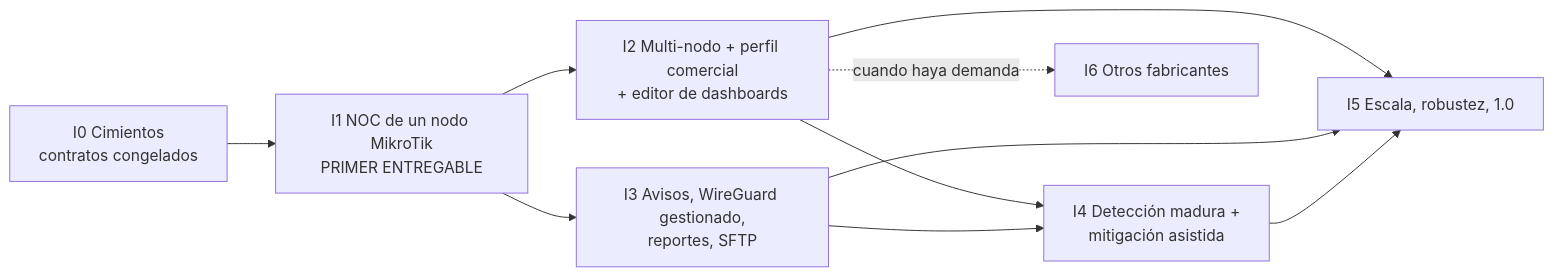
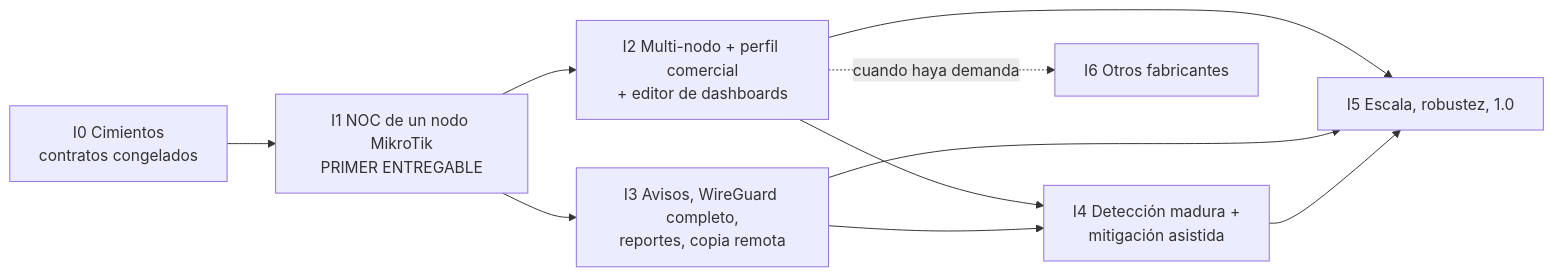
The diagram in docs/roadmap.md (HCDestroyer/horus-flow), drawn with Mermaid before and after one commit. The commit also changed other lines of this file and 12 other files, not shown here.

````diff
--- a/docs/roadmap.md
+++ b/docs/roadmap.md
@@ -67,12 +67,12 @@
 ```mermaid
 flowchart LR
   I0[I0 Cimientos<br/>contratos congelados] --> I1[I1 NOC de un nodo MikroTik<br/>PRIMER ENTREGABLE]
   I1 --> I2[I2 Multi-nodo + perfil comercial<br/>+ editor de dashboards]
-  I1 --> I3[I3 Avisos, WireGuard gestionado,<br/>reportes, SFTP]
+  I1 --> I3[I3 Avisos, WireGuard completo,<br/>reportes, copia remota]
   I2 --> I4[I4 Detección madura +<br/>mitigación asistida]
   I3 --> I4
   I2 --> I5[I5 Escala, robustez, 1.0]
   I3 --> I5
   I4 --> I5
   I2 -. cuando haya demanda .-> I6[I6 Otros fabricantes]
 ```
````
